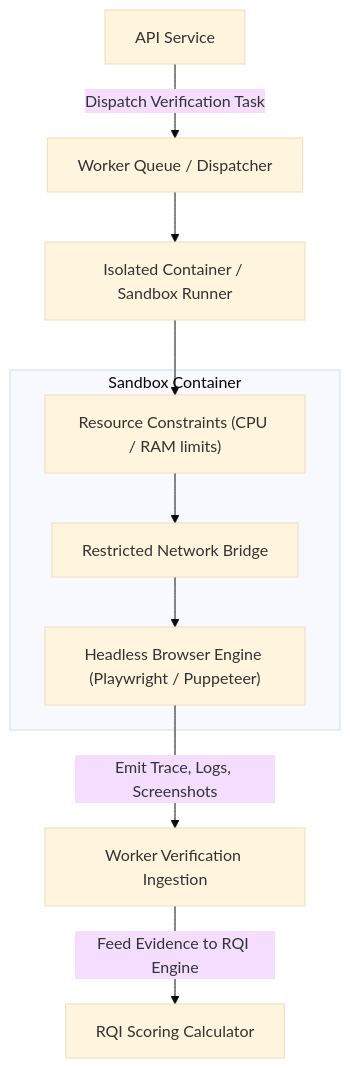
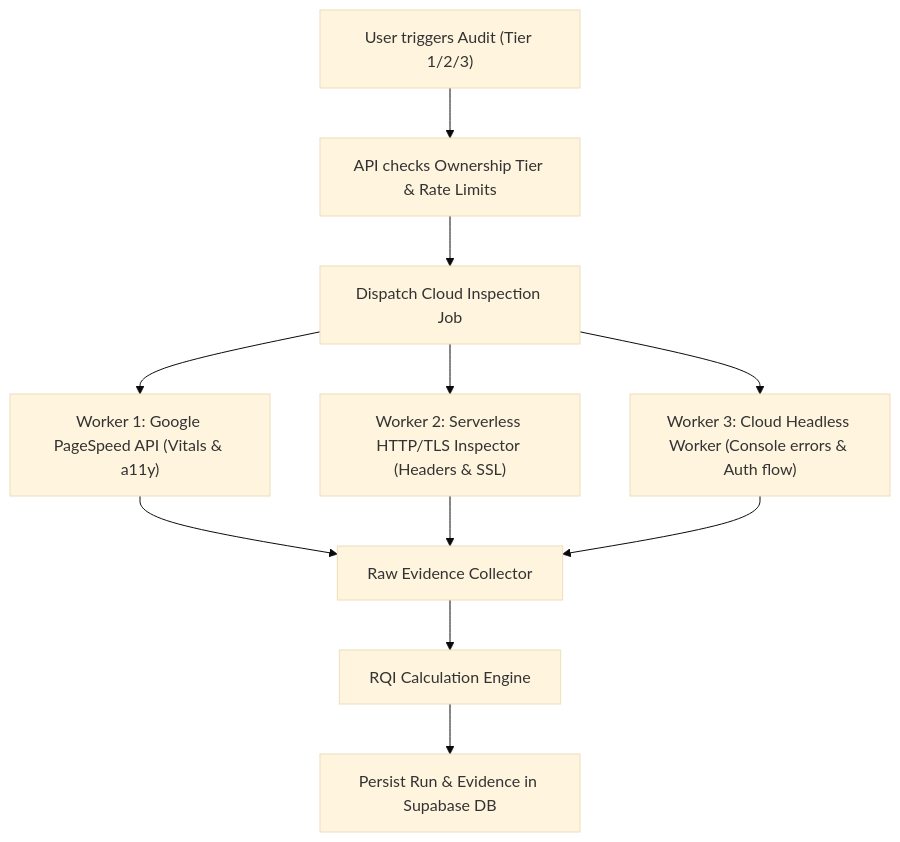
One commit to skandachandrashekar335-wq/ReleaseLens changed the diagram in docs/CLOUD_WORKER.md. Above: the diagram before and after it, drawn with Mermaid (base theme). The commit also changed other lines of this file and 12 other files, not shown here.

Commit message:
docs: synchronize complete architecture and specs to cloud website auditing platform

````diff
--- a/docs/CLOUD_WORKER.md
+++ b/docs/CLOUD_WORKER.md
@@ -21,15 +20,13 @@
 ```mermaid
 flowchart TD
-    A["API Service"] -->|"Dispatch Verification Task"| B["Worker Queue / Dispatcher"]
-    B --> C["Isolated Container / Sandbox Runner"]
-    subgraph Sandbox Container
-        D["Resource Constraints (CPU / RAM limits)"]
-        E["Restricted Network Bridge"]
-        F["Headless Browser Engine (Playwright / Puppeteer)"]
-    end
-    C --> D
-    D --> E
-    E --> F
-    F -->|"Emit Trace, Logs, Screenshots"| G["Worker Verification Ingestion"]
-    G -->|"Feed Evidence to RQI Engine"| H["RQI Scoring Calculator"]
+    A["User triggers Audit (Tier 1/2/3)"] --> B["API checks Ownership Tier & Rate Limits"]
+    B --> C["Dispatch Cloud Inspection Job"]
+    C --> D1["Worker 1: Google PageSpeed API (Vitals & a11y)"]
+    C --> D2["Worker 2: Serverless HTTP/TLS Inspector (Headers & SSL)"]
+    C --> D3["Worker 3: Cloud Headless Worker (Console errors & Auth flow)"]
+    D1 --> E["Raw Evidence Collector"]
+    D2 --> E
+    D3 --> E
+    E --> F["RQI Calculation Engine"]
+    F --> G["Persist Run & Evidence in Supabase DB"]
 ```
````
